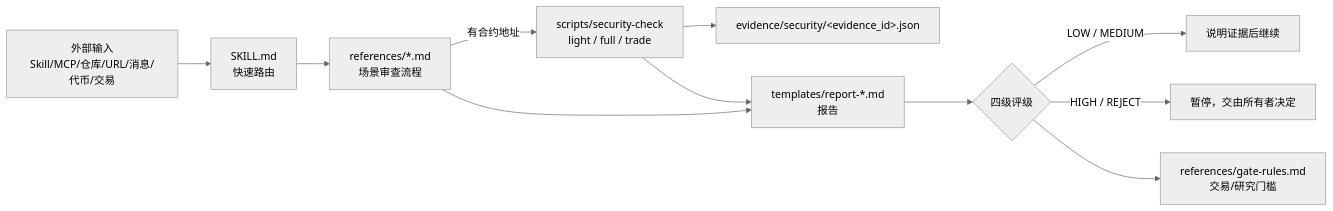
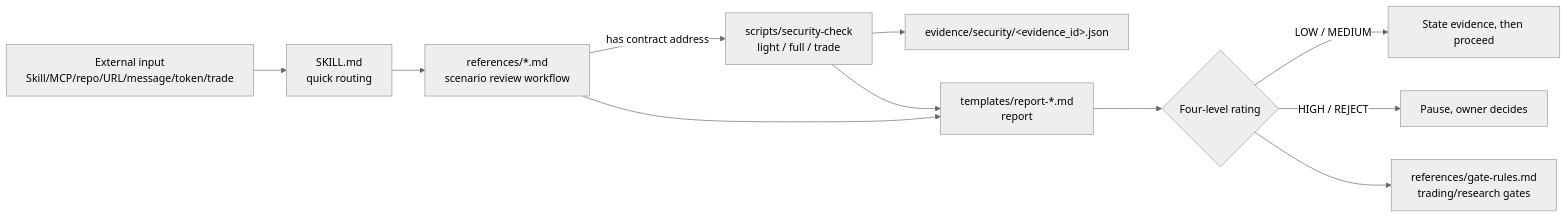
The diagram in README.md (0xcjl/onchain-security), drawn with Mermaid (neutral theme) before and after one commit. The commit also changed other lines of this file and 37 other files, not shown here.

````diff
--- a/README.md
+++ b/README.md
@@ -46,13 +76,13 @@
 ```mermaid
 flowchart LR
-    A[外部输入<br/>Skill/MCP/仓库/URL/消息/代币/交易] --> B[SKILL.md<br/>快速路由]
-    B --> C[references/*.md<br/>场景审查流程]
-    C -->|有合约地址| D[scripts/security-check<br/>light / full / trade]
+    A[External input<br/>Skill/MCP/repo/URL/message/token/trade] --> B[SKILL.md<br/>quick routing]
+    B --> C[references/*.md<br/>scenario review workflow]
+    C -->|has contract address| D[scripts/security-check<br/>light / full / trade]
     D --> E[evidence/security/&lt;evidence_id&gt;.json]
-    C --> F[templates/report-*.md<br/>报告]
+    C --> F[templates/report-*.md<br/>report]
     D --> F
-    F --> G{四级评级}
-    G -->|LOW / MEDIUM| H[说明证据后继续]
-    G -->|HIGH / REJECT| I[暂停，交由所有者决定]
-    G --> J[references/gate-rules.md<br/>交易/研究门槛]
+    F --> G{Four-level rating}
+    G -->|LOW / MEDIUM| H[State evidence, then proceed]
+    G -->|HIGH / REJECT| I[Pause, owner decides]
+    G --> J[references/gate-rules.md<br/>trading/research gates]
 ```
````
